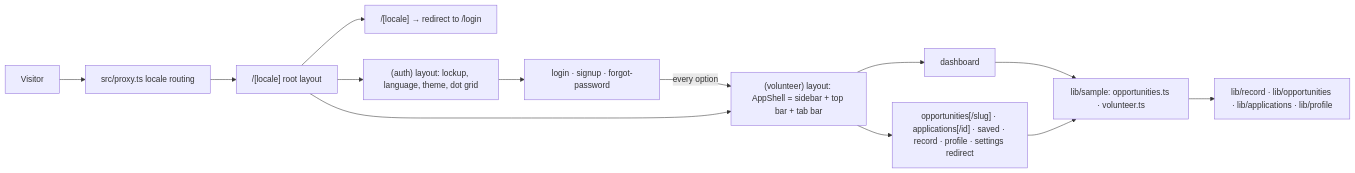
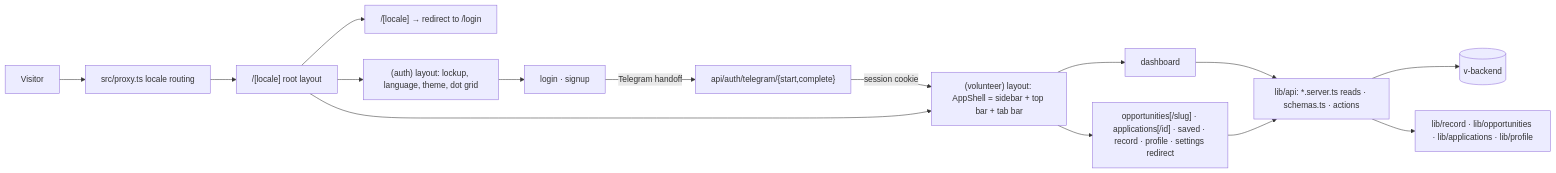
The diagram in docs/architecture/ARCHITECTURE.md (volontyorlarOrg/v-app), drawn with Mermaid before and after one commit. The commit also changed other lines of this file and 10 other files, not shown here.

First line of the commit message:
docs: describe the backend-wired panel and Telegram-only sign-in

````diff
--- a/docs/architecture/ARCHITECTURE.md
+++ b/docs/architecture/ARCHITECTURE.md
@@ -11,15 +11,17 @@
 ```mermaid
 flowchart LR
   Visitor --> Proxy[src/proxy.ts locale routing]
   Proxy --> Locale["/[locale] root layout"]
   Locale --> Root["/[locale] → redirect to /login"]
   Locale --> Auth["(auth) layout: lockup, language, theme, dot grid"]
-  Auth --> AuthPages["login · signup · forgot-password"]
-  AuthPages -- every option --> Panel
+  Auth --> AuthPages["login · signup"]
+  AuthPages -- Telegram handoff --> Handlers["api/auth/telegram/{start,complete}"]
+  Handlers -- session cookie --> Panel
   Locale --> Panel["(volunteer) layout: AppShell = sidebar + top bar + tab bar"]
   Panel --> Dashboard["dashboard"]
   Panel --> Sections["opportunities[/slug] · applications[/id] · saved · record · profile · settings redirect"]
-  Dashboard --> Sample["lib/sample: opportunities.ts · volunteer.ts"]
-  Sections --> Sample
-  Sample --> Rules["lib/record · lib/opportunities · lib/applications · lib/profile"]
+  Dashboard --> Api["lib/api: *.server.ts reads · schemas.ts · actions"]
+  Sections --> Api
+  Api --> Backend[("v-backend")]
+  Api --> Rules["lib/record · lib/opportunities · lib/applications · lib/profile"]
 ```
````
